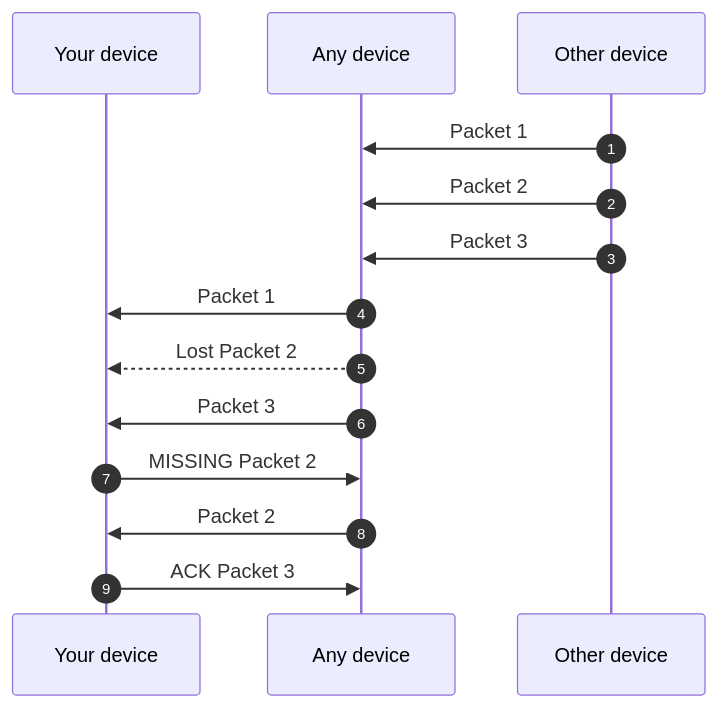
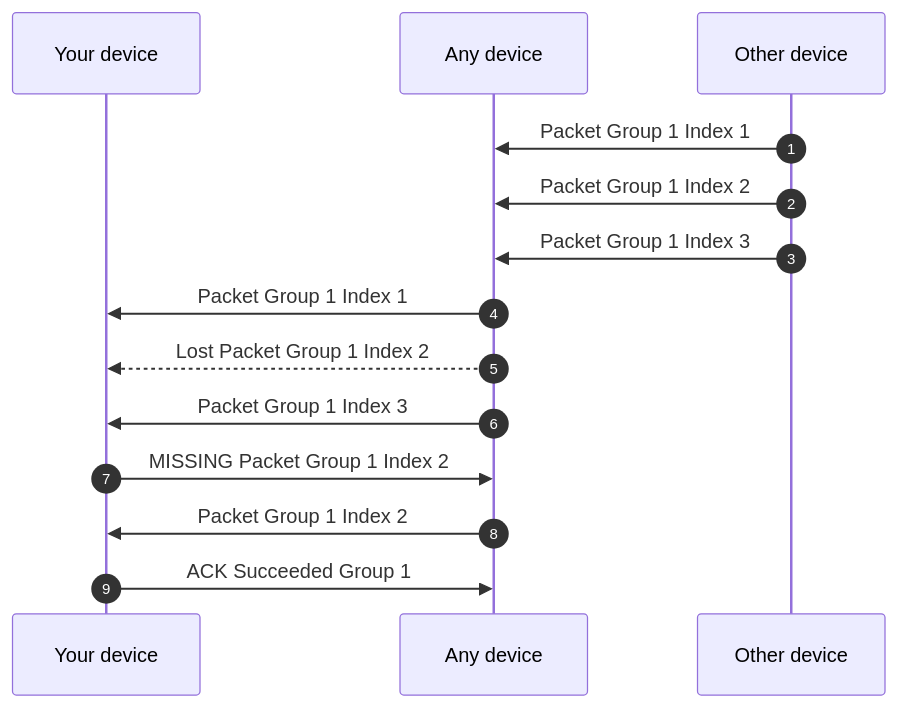
One commit to 4surix/honeybee changed the third of 3 diagrams in mechanisms/ACKNOWLEDGEMENT.md. Above: the diagram before and after it, drawn with Mermaid. The commit also changed other lines of this file and 11 other files, not shown here.

````diff
--- a/mechanisms/ACKNOWLEDGEMENT.md
+++ b/mechanisms/ACKNOWLEDGEMENT.md
@@ -117,17 +115,17 @@
 ```mermaid
 sequenceDiagram
     autonumber
     participant DeviceX as Your device
     participant DeviceN as Any device
     participant DeviceY as Other device
 
-    DeviceY ->> DeviceN: Packet 1
-    DeviceY ->> DeviceN: Packet 2
-    DeviceY ->> DeviceN: Packet 3
-    DeviceN ->> DeviceX: Packet 1
-    DeviceN -->> DeviceX: Lost Packet 2
-    DeviceN ->> DeviceX: Packet 3
-    DeviceX ->> DeviceN: MISSING Packet 2
-    DeviceN ->> DeviceX: Packet 2
-    DeviceX ->> DeviceN: ACK Packet 3
+    DeviceY ->> DeviceN: Packet Group 1 Index 1
+    DeviceY ->> DeviceN: Packet Group 1 Index 2
+    DeviceY ->> DeviceN: Packet Group 1 Index 3
+    DeviceN ->> DeviceX: Packet Group 1 Index 1
+    DeviceN -->> DeviceX: Lost Packet Group 1 Index 2
+    DeviceN ->> DeviceX: Packet Group 1 Index 3
+    DeviceX ->> DeviceN: MISSING Packet Group 1 Index 2
+    DeviceN ->> DeviceX: Packet Group 1 Index 2
+    DeviceX ->> DeviceN: ACK Succeeded Group 1
 ```
````
